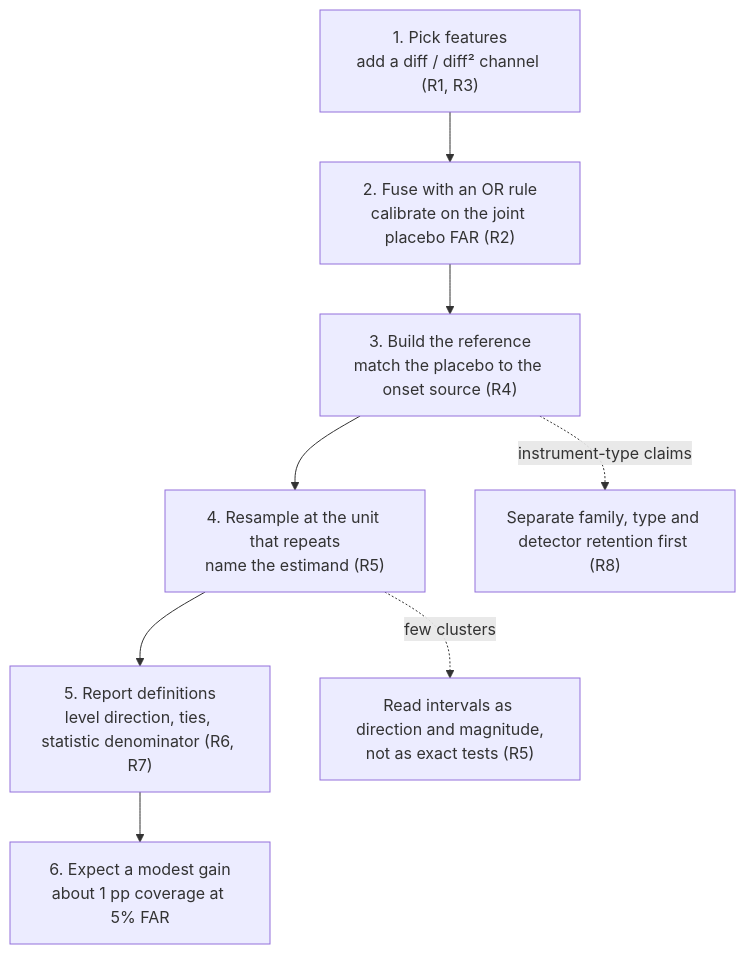
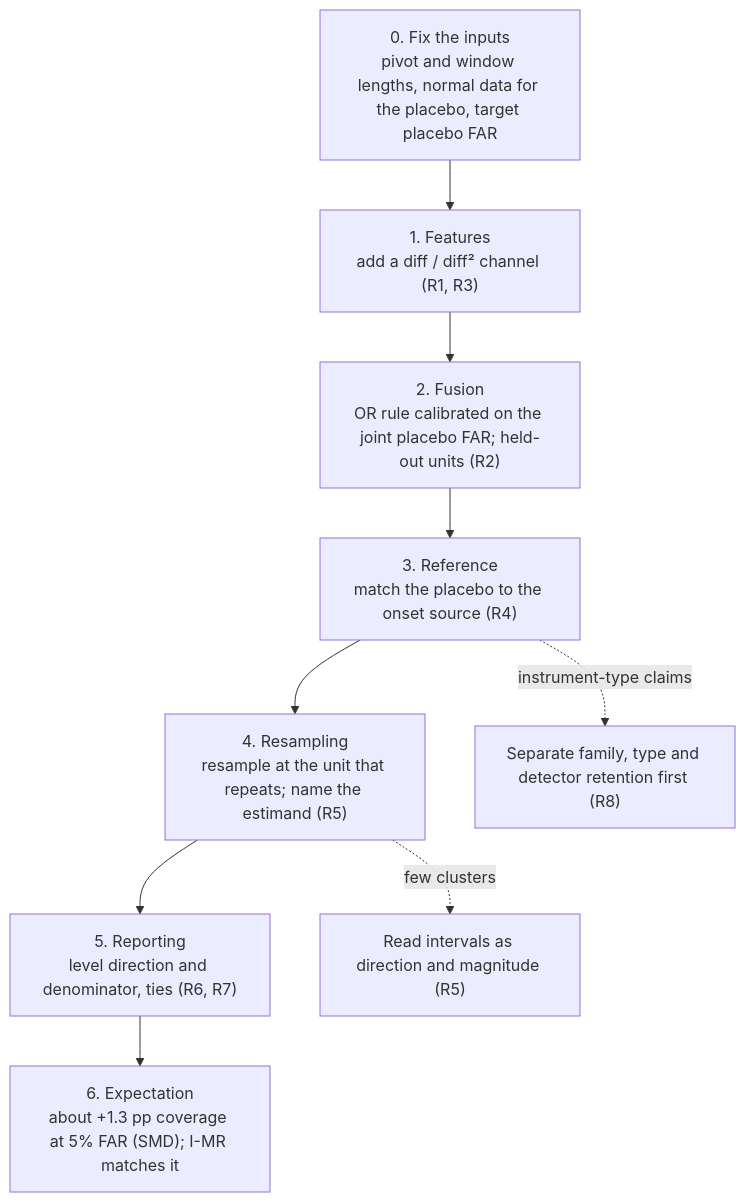
The third of 3 diagrams in README.md (LEEYJ1021/opssat-ad-detection-causal), drawn with Mermaid before and after one commit. The commit also changed other lines of this file, not shown here.

````diff
--- a/README.md
+++ b/README.md
@@ -752,10 +843,11 @@
 ```mermaid
 flowchart TD
-    A["1. Pick features<br/>add a diff / diff² channel (R1, R3)"] --> B["2. Fuse with an OR rule<br/>calibrate on the joint placebo FAR (R2)"]
-    B --> C["3. Build the reference<br/>match the placebo to the onset source (R4)"]
-    C --> D["4. Resample at the unit that repeats<br/>name the estimand (R5)"]
-    D --> E["5. Report definitions<br/>level direction, ties, statistic denominator (R6, R7)"]
-    E --> F["6. Expect a modest gain<br/>about 1 pp coverage at 5% FAR"]
-    D -.->|"few clusters"| G["Read intervals as direction and magnitude,<br/>not as exact tests (R5)"]
-    C -.->|"instrument-type claims"| H["Separate family, type and detector retention first (R8)"]
+    A["0. Fix the inputs<br/>pivot and window lengths, normal data for the placebo, target placebo FAR"] --> B["1. Features<br/>add a diff / diff² channel (R1, R3)"]
+    B --> C["2. Fusion<br/>OR rule calibrated on the joint placebo FAR; held-out units (R2)"]
+    C --> D["3. Reference<br/>match the placebo to the onset source (R4)"]
+    D --> E["4. Resampling<br/>resample at the unit that repeats; name the estimand (R5)"]
+    E --> F["5. Reporting<br/>level direction and denominator, ties (R6, R7)"]
+    F --> G["6. Expectation<br/>about +1.3 pp coverage at 5% FAR (SMD); I-MR matches it"]
+    E -.->|"few clusters"| H["Read intervals as direction and magnitude (R5)"]
+    D -.->|"instrument-type claims"| I["Separate family, type and detector retention first (R8)"]
 ```
````
